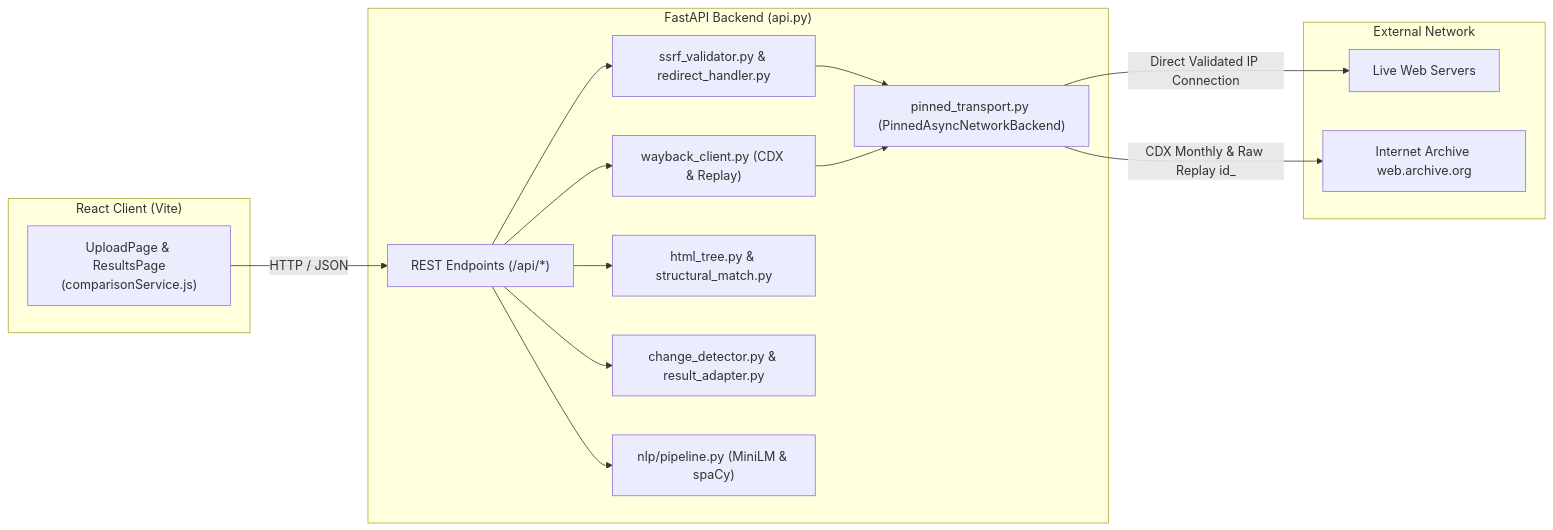
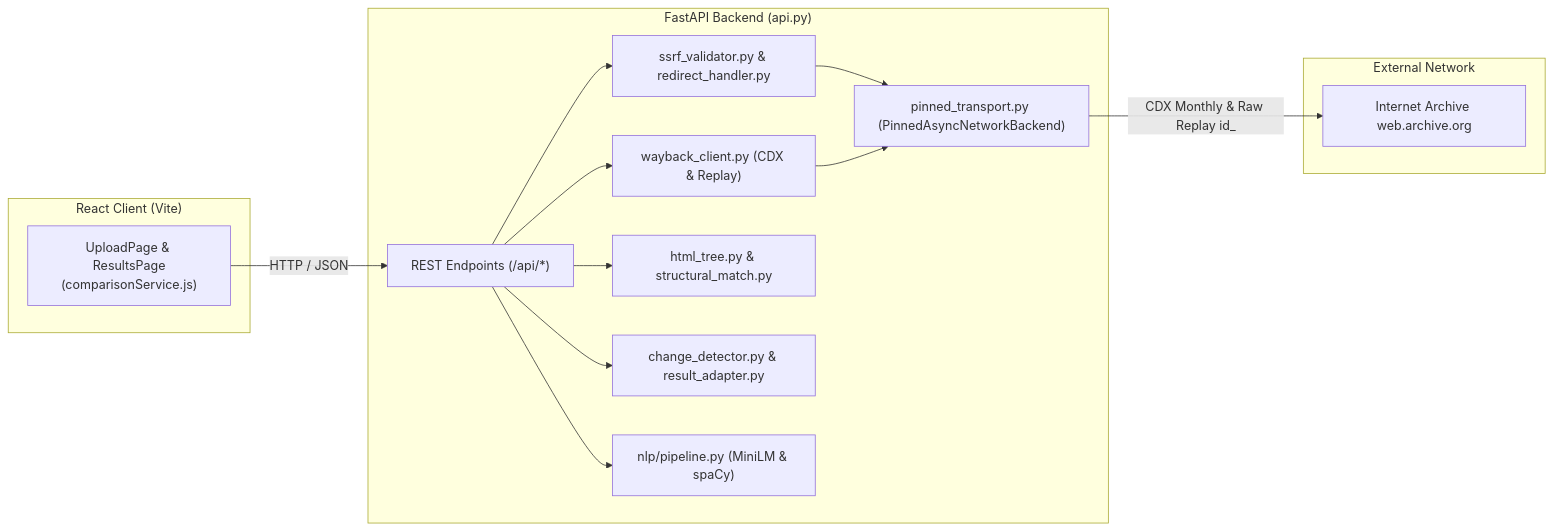
Before and after one commit to priyapandey-maker/Webpage-comparison: the diagram in README.md, drawn with Mermaid. The commit also changed other lines of this file and 28 other files, not shown here.

````diff
--- a/README.md
+++ b/README.md
@@ -56,32 +55,30 @@
 ```mermaid
 graph LR
     subgraph Client["React Client (Vite)"]
         UI["UploadPage & ResultsPage<br/>(comparisonService.js)"]
     end
 
     subgraph Server["FastAPI Backend (api.py)"]
         API["REST Endpoints (/api/*)"]
         SEC["ssrf_validator.py & redirect_handler.py"]
         PIN["pinned_transport.py (PinnedAsyncNetworkBackend)"]
         WAY["wayback_client.py (CDX & Replay)"]
         DOM["html_tree.py & structural_match.py"]
         DET["change_detector.py & result_adapter.py"]
         NLP["nlp/pipeline.py (MiniLM & spaCy)"]
     end
 
     subgraph External["External Network"]
-        WEB["Live Web Servers"]
         ARCHIVE["Internet Archive web.archive.org"]
     end
 
     UI -->|HTTP / JSON| API
     API --> DOM
     API --> DET
     API --> SEC
     SEC --> PIN
     API --> WAY
     WAY --> PIN
     API --> NLP
-    PIN -->|Direct Validated IP Connection| WEB
     PIN -->|CDX Monthly & Raw Replay id_| ARCHIVE
 ```
````
